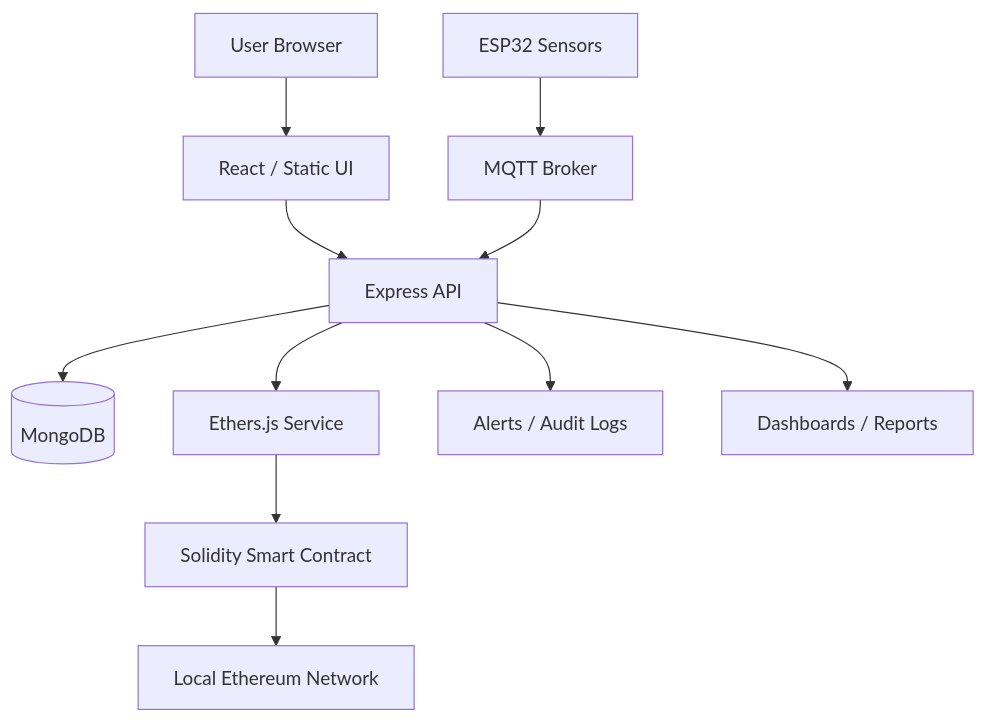
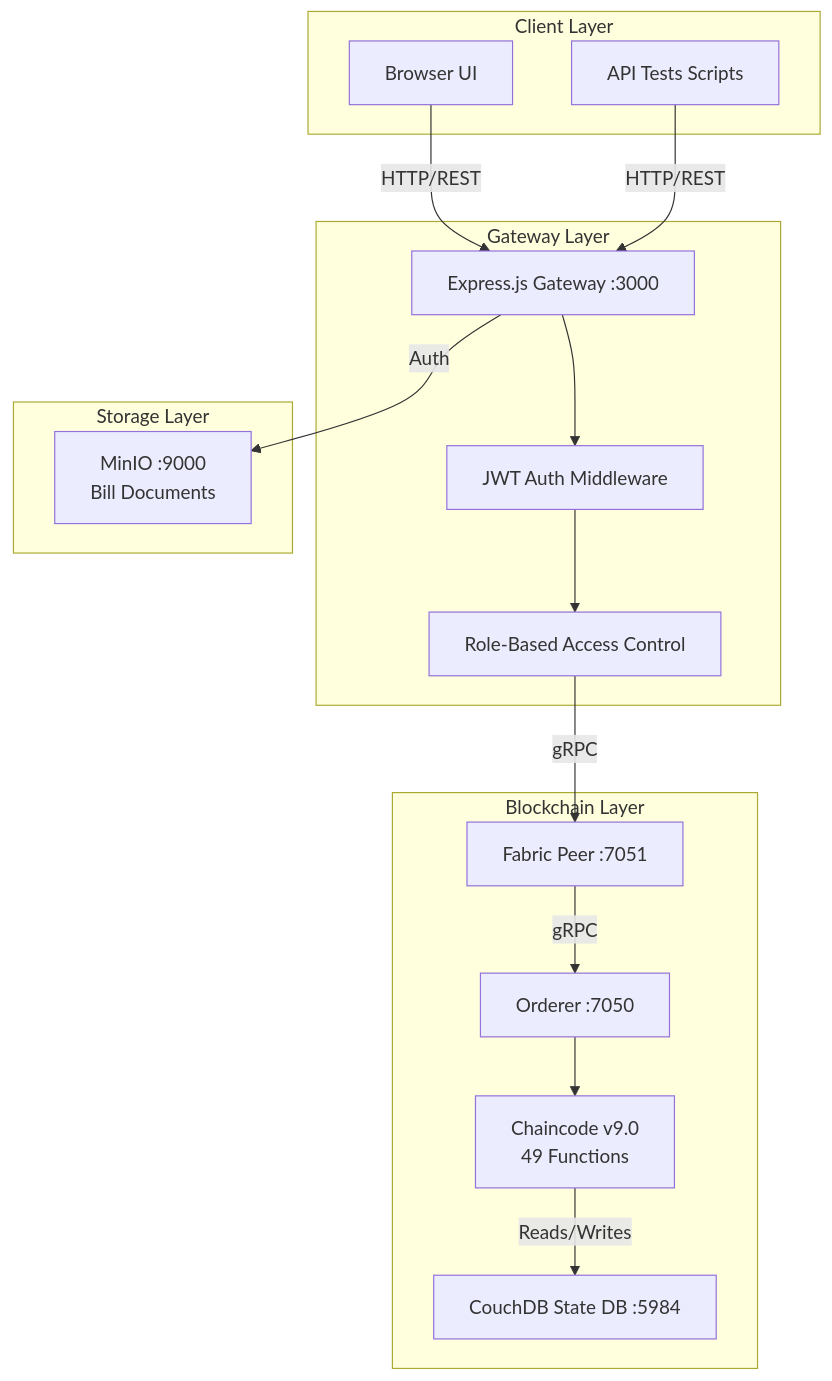
Before and after one commit to vijeth06/Stock_Management: the diagram in docs/architecture.md, drawn with Mermaid. The commit also changed other lines of this file and 30 other files, not shown here.

````diff
--- a/docs/architecture.md
+++ b/docs/architecture.md
@@ -3,13 +3,34 @@
 ```mermaid
-graph TD
-    U[User Browser] --> UI[React / Static UI]
-    UI --> API[Express API]
-    API --> M[(MongoDB)]
-    API --> S[Ethers.js Service]
-    S --> C[Solidity Smart Contract]
-    C --> N[Local Ethereum Network]
-    ESP32[ESP32 Sensors] --> MQTT[MQTT Broker]
-    MQTT --> API
-    API --> A[Alerts / Audit Logs]
-    API --> D[Dashboards / Reports]
+graph TB
+    subgraph Client Layer
+        U[Browser UI]
+        T[API Tests Scripts]
+    end
+
+    subgraph Gateway Layer
+        API[Express.js Gateway :3000]
+        JWT[JWT Auth Middleware]
+        RBAC[Role-Based Access Control]
+    end
+
+    subgraph Blockchain Layer
+        PEER[Fabric Peer :7051]
+        ORDER[Orderer :7050]
+        STATE[CouchDB State DB :5984]
+        CC[Chaincode v9.0<br/>49 Functions]
+    end
+
+    subgraph Storage Layer
+        MINIO[MinIO :9000<br/>Bill Documents]
+    end
+
+    U -->|HTTP/REST| API
+    T -->|HTTP/REST| API
+    API --> JWT
+    JWT --> RBAC
+    RBAC -->|gRPC| PEER
+    PEER -->|gRPC| ORDER
+    ORDER --> CC
+    CC -->|Reads/Writes| STATE
+    API -->|Auth| MINIO
 ```
````
